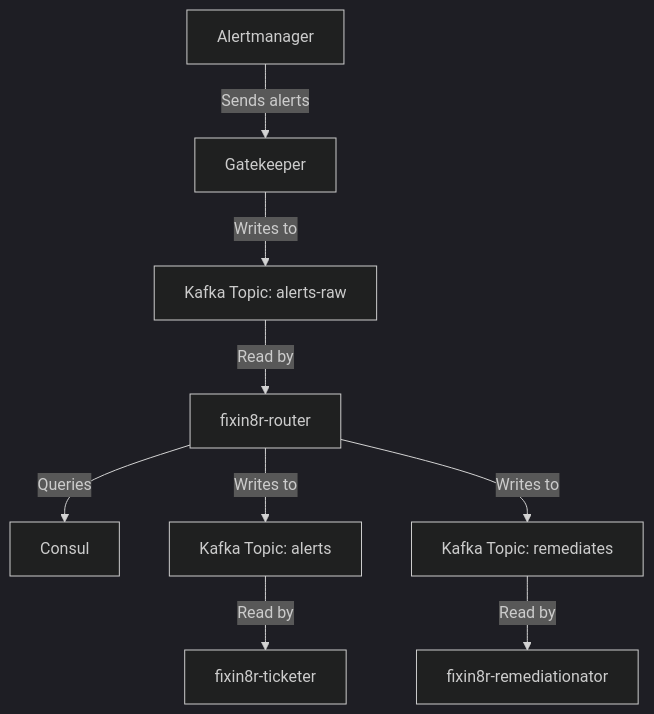
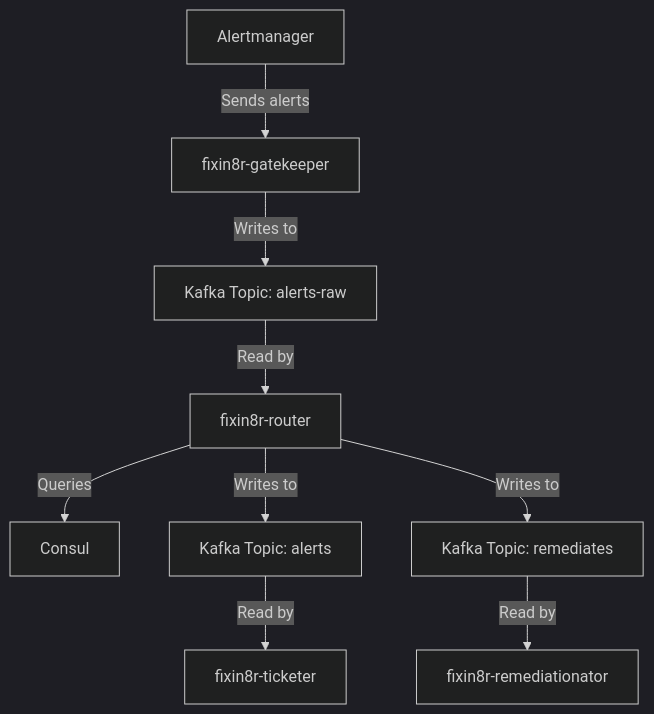
Before and after one commit to tjtharrison/fixin8r-global: the diagram in README.md, drawn with Mermaid (dark theme).

````diff
--- a/README.md
+++ b/README.md
@@ -8,11 +8,11 @@
 ```mermaid
 graph TD
-    Alertmanager -->|Sends alerts| Gatekeeper
+    Alertmanager -->|Sends alerts| Gatekeeper["fixin8r-gatekeeper"]
     Gatekeeper -->|Writes to| KafkaTopic["Kafka Topic: alerts-raw"]
     KafkaTopic -->|Read by| Router["fixin8r-router"]
     Router -->|Queries| Consul
     Router -->|Writes to| AlertsTopic["Kafka Topic: alerts"]
     Router -->|Writes to| RemediatesTopic["Kafka Topic: remediates"]
     AlertsTopic -->|Read by| Ticketer["fixin8r-ticketer"]
     RemediatesTopic -->|Read by| Remediationator["fixin8r-remediationator"]
 ```
````
